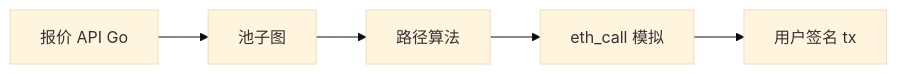
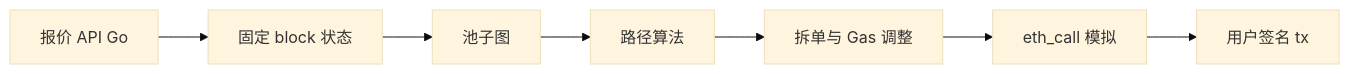
One commit to twodog-tt/Golang-development-manual changed the diagram in docs/interview/14-dex-cex-engineering/S-EXCH-07-aggregator-slippage.md. Above: the diagram before and after it, drawn with Mermaid (base theme). The commit also changed other lines of this file and 438 other files, not shown here.

````diff
--- a/docs/interview/14-dex-cex-engineering/S-EXCH-07-aggregator-slippage.md
+++ b/docs/interview/14-dex-cex-engineering/S-EXCH-07-aggregator-slippage.md
@@ -29,7 +32,9 @@
 ```mermaid
 flowchart LR
-  API[报价 API Go] --> Graph[池子图]
+  API[报价 API Go] --> Snapshot[固定 block 状态]
+  Snapshot --> Graph[池子图]
   Graph --> Path[路径算法]
-  Path --> Sim[eth_call 模拟]
+  Path --> Split[拆单与 Gas 调整]
+  Split --> Sim[eth_call 模拟]
   Sim --> Tx[用户签名 tx]
 ```
````
